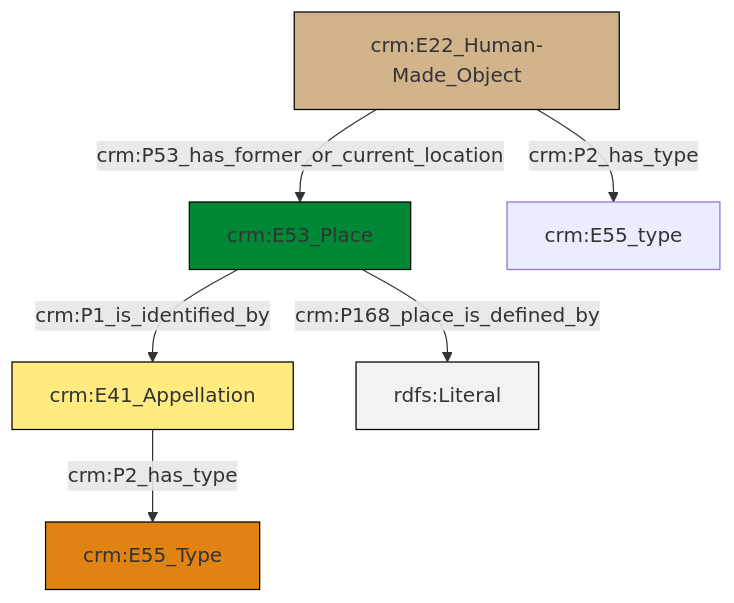
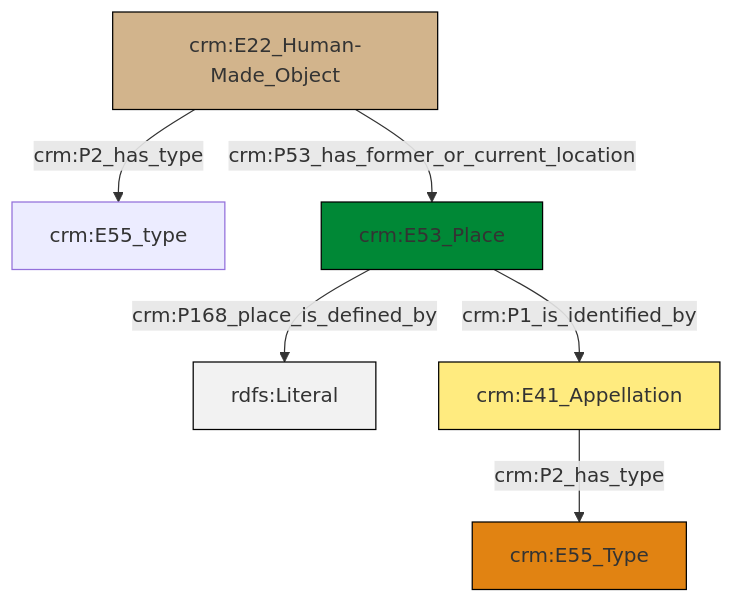
Before and after one commit to swiss-art-research-net/reference-data-models: the diagram in et/builtWorkCSV/ttl/mmd/Built_Work_location.ttl.mmd, drawn with Mermaid. The commit also changed 129 other files, not shown here.

```diff
--- a/et/builtWorkCSV/ttl/mmd/Built_Work_location.ttl.mmd
+++ b/et/builtWorkCSV/ttl/mmd/Built_Work_location.ttl.mmd
@@ -1,20 +1,20 @@
 graph TD
 classDef Literal fill:#f2f2f2,stroke:#000000;
 classDef CRM_Entity fill:#FFFFFF,stroke:#000000;
 classDef Temporal_Entity fill:#00C9E6, stroke:#000000;
 classDef Type fill:#E18312, stroke:#000000;
 classDef Time-Span fill:#2C9C91, stroke:#000000;
 classDef Appellation fill:#FFEB7F, stroke:#000000;
 classDef Place fill:#008836, stroke:#000000;
 classDef Persistent_Item fill:#B266B2, stroke:#000000;
 classDef Conceptual_Object fill:#FFD700, stroke:#000000;
 classDef Physical_Thing fill:#D2B48C, stroke:#000000;
 classDef Actor fill:#f58aad, stroke:#000000;
 classDef PC_Classes fill:#4ce600, stroke:#000000;
 classDef Multi fill:#cccccc,stroke:#000000;
 
-0["crm:E22_Human-Made_Object"]:::Physical_Thing -->|crm:P53_has_former_or_current_location| 1["crm:E53_Place"]:::Place
-0["crm:E22_Human-Made_Object"]:::Physical_Thing -->|crm:P2_has_type| 4["crm:E55_type"]:::Default
-1["crm:E53_Place"]:::Place -->|crm:P1_is_identified_by| 5["crm:E41_Appellation"]:::Appellation
-5["crm:E41_Appellation"]:::Appellation -->|crm:P2_has_type| 2["crm:E55_Type"]:::Type
-1["crm:E53_Place"]:::Place -->|crm:P168_place_is_defined_by| 11[rdfs:Literal]:::Literal
+0["crm:E22_Human-Made_Object"]:::Physical_Thing -->|crm:P2_has_type| 1["crm:E55_type"]:::Default
+0["crm:E22_Human-Made_Object"]:::Physical_Thing -->|crm:P53_has_former_or_current_location| 5["crm:E53_Place"]:::Place
+5["crm:E53_Place"]:::Place -->|crm:P168_place_is_defined_by| 8[rdfs:Literal]:::Literal
+5["crm:E53_Place"]:::Place -->|crm:P1_is_identified_by| 9["crm:E41_Appellation"]:::Appellation
+9["crm:E41_Appellation"]:::Appellation -->|crm:P2_has_type| 3["crm:E55_Type"]:::Type
```
